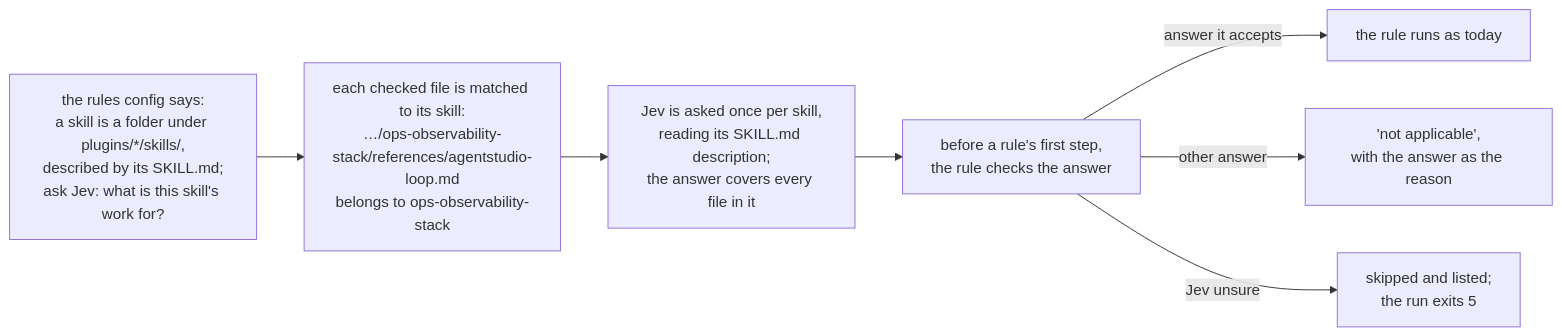
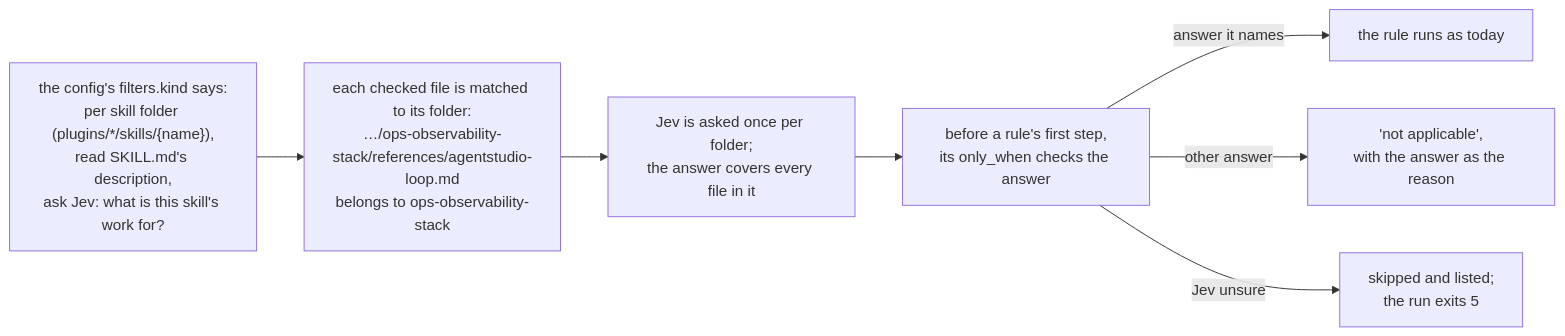
Before and after one commit to ShravanSunder/sunstack: the diagram in docs/specs/2026-11-03-skill-rules/deliverables/1-engine-asks-kind-once/design.md, drawn with Mermaid. The commit also changed other lines of this file and 22 other files, not shown here.

First line of the commit message:
docs(skill-rules): final filters config, five skill kinds, five evidence kinds, steering removed, general-skill merge in deliverable 2

````diff
--- a/docs/specs/2026-11-03-skill-rules/deliverables/1-engine-asks-kind-once/design.md
+++ b/docs/specs/2026-11-03-skill-rules/deliverables/1-engine-asks-kind-once/design.md
@@ -9,9 +9,9 @@
 ```mermaid
 flowchart LR
-  config["the rules config says:<br/>a skill is a folder under plugins/*/skills/,<br/>described by its SKILL.md;<br/>ask Jev: what is this skill's work for?"] --> folders["each checked file is matched to its skill:<br/>…/ops-observability-stack/references/agentstudio-loop.md<br/>belongs to ops-observability-stack"]
-  folders --> ask["Jev is asked once per skill,<br/>reading its SKILL.md description;<br/>the answer covers every file in it"]
-  ask --> gate["before a rule's first step,<br/>the rule checks the answer"]
-  gate -->|"answer it accepts"| runs["the rule runs as today"]
+  config["the config's filters.kind says:<br/>per skill folder (plugins/*/skills/{name}),<br/>read SKILL.md's description,<br/>ask Jev: what is this skill's work for?"] --> folders["each checked file is matched to its folder:<br/>…/ops-observability-stack/references/agentstudio-loop.md<br/>belongs to ops-observability-stack"]
+  folders --> ask["Jev is asked once per folder;<br/>the answer covers every file in it"]
+  ask --> gate["before a rule's first step,<br/>its only_when checks the answer"]
+  gate -->|"answer it names"| runs["the rule runs as today"]
   gate -->|"other answer"| na["'not applicable',<br/>with the answer as the reason"]
   gate -->|"Jev unsure"| skip["skipped and listed;<br/>the run exits 5"]
 ```
````
